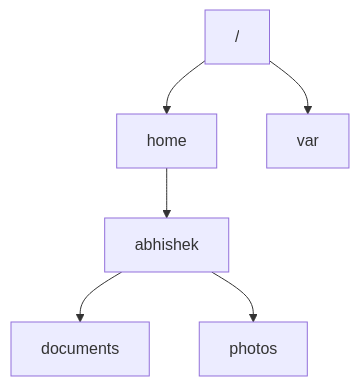
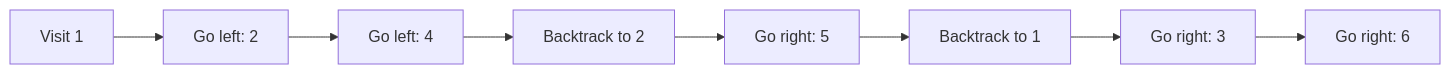
Before and after one commit to 9999dude/omega: the fourth of 19 diagrams in docs/datastructures/trees.md, drawn with Mermaid. The commit also changed other lines of this file and 58 other files, not shown here.

````diff
--- a/docs/datastructures/trees.md
+++ b/docs/datastructures/trees.md
@@ -187,8 +188,10 @@
 ```mermaid
-graph TD
-    A["/"] --> B["home"]
-    A --> C["var"]
-    B --> D["abhishek"]
-    D --> E["documents"]
-    D --> F["photos"]
+flowchart LR
+    A["Visit 1"] --> B["Go left: 2"]
+    B --> C["Go left: 4"]
+    C --> D["Backtrack to 2"]
+    D --> E["Go right: 5"]
+    E --> F["Backtrack to 1"]
+    F --> G["Go right: 3"]
+    G --> H["Go right: 6"]
 ```
````
